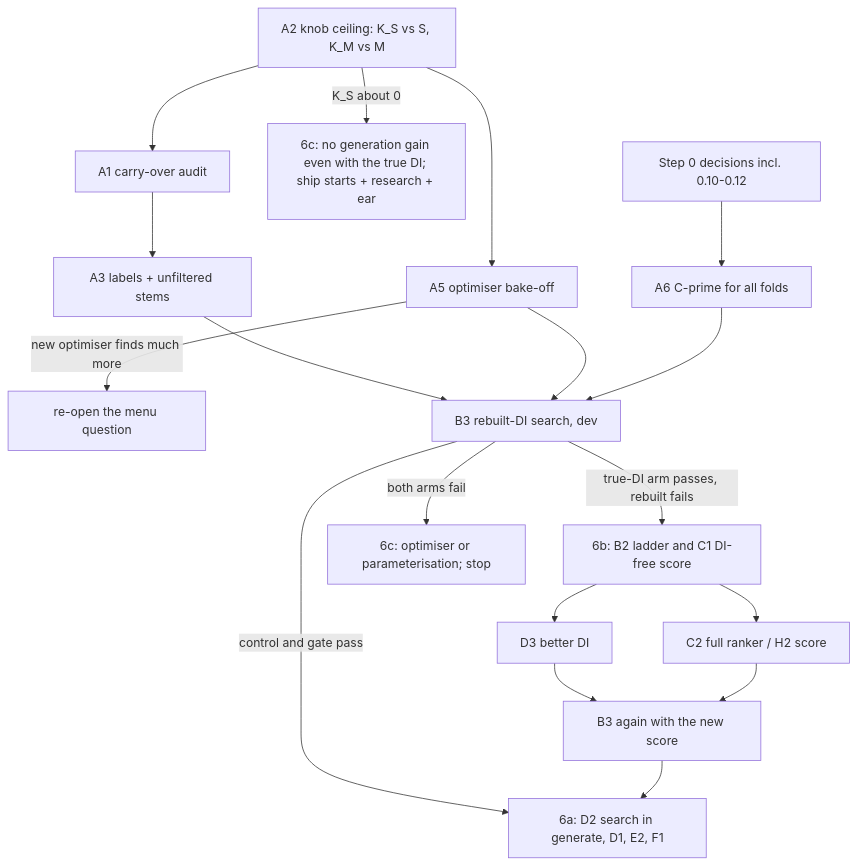
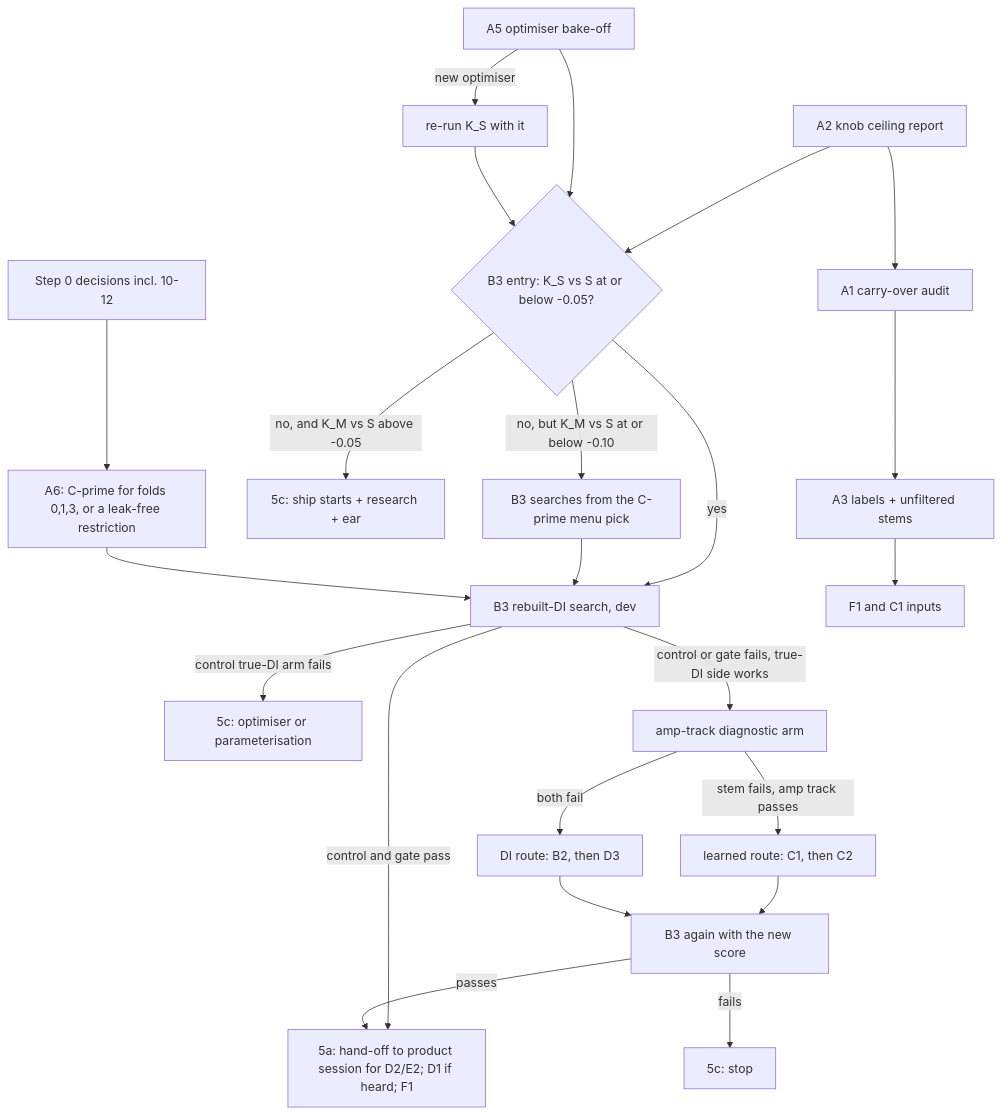
One commit to YoavBZ/neuraldsp-preset-generator changed the first of 2 diagrams in docs/research/ml-plan-2026-10.md. Above: the diagram before and after it, drawn with Mermaid. The commit also changed other lines of this file and 3 other files, not shown here.

````diff
--- a/docs/research/ml-plan-2026-10.md
+++ b/docs/research/ml-plan-2026-10.md
@@ -340,17 +430,23 @@
 ```mermaid
 flowchart TD
-    D0[Step 0 decisions incl. 0.10-0.12] --> A6[A6 C-prime for all folds]
-    K[A2 knob ceiling: K_S vs S, K_M vs M] -->|K_S about 0| X0[6c: no generation gain even with the true DI; ship starts + research + ear]
-    K --> A1[A1 carry-over audit] --> A3[A3 labels + unfiltered stems]
-    K --> A5[A5 optimiser bake-off]
-    A5 -->|new optimiser finds much more| K2[re-open the menu question]
-    A3 --> B3[B3 rebuilt-DI search, dev]
-    A5 --> B3
+    D0[Step 0 decisions incl. 10-12] --> A6[A6: C-prime for folds 0,1,3, or a leak-free restriction]
+    K[A2 knob ceiling report] --> E{B3 entry: K_S vs S at or below -0.05?}
+    A5[A5 optimiser bake-off] -->|new optimiser| KS[re-run K_S with it]
+    A5 --> E
+    KS --> E
+    E -->|no, and K_M vs S above -0.05| X0[5c: ship starts + research + ear]
+    E -->|no, but K_M vs S at or below -0.10| SP[B3 searches from the C-prime menu pick]
+    E -->|yes| B3[B3 rebuilt-DI search, dev]
+    SP --> B3
     A6 --> B3
-    B3 -->|control and gate pass| P6a[6a: D2 search in generate, D1, E2, F1]
-    B3 -->|true-DI arm passes, rebuilt fails| P6b[6b: B2 ladder and C1 DI-free score]
-    B3 -->|both arms fail| X1[6c: optimiser or parameterisation; stop]
-    P6b --> D3[D3 better DI] --> B3b[B3 again with the new score]
-    P6b --> C2[C2 full ranker / H2 score] --> B3b
-    B3b --> P6a
+    K --> A1[A1 carry-over audit] --> A3[A3 labels + unfiltered stems] --> F1p[F1 and C1 inputs]
+    B3 -->|control and gate pass| P5a[5a: hand-off to product session for D2/E2; D1 if heard; F1]
+    B3 -->|control true-DI arm fails| X1[5c: optimiser or parameterisation]
+    B3 -->|control or gate fails, true-DI side works| DG[amp-track diagnostic arm]
+    DG -->|stem fails, amp track passes| L[learned route: C1, then C2]
+    DG -->|both fail| DI[DI route: B2, then D3]
+    L --> B3b[B3 again with the new score]
+    DI --> B3b
+    B3b -->|passes| P5a
+    B3b -->|fails| X2[5c: stop]
 ```
````
